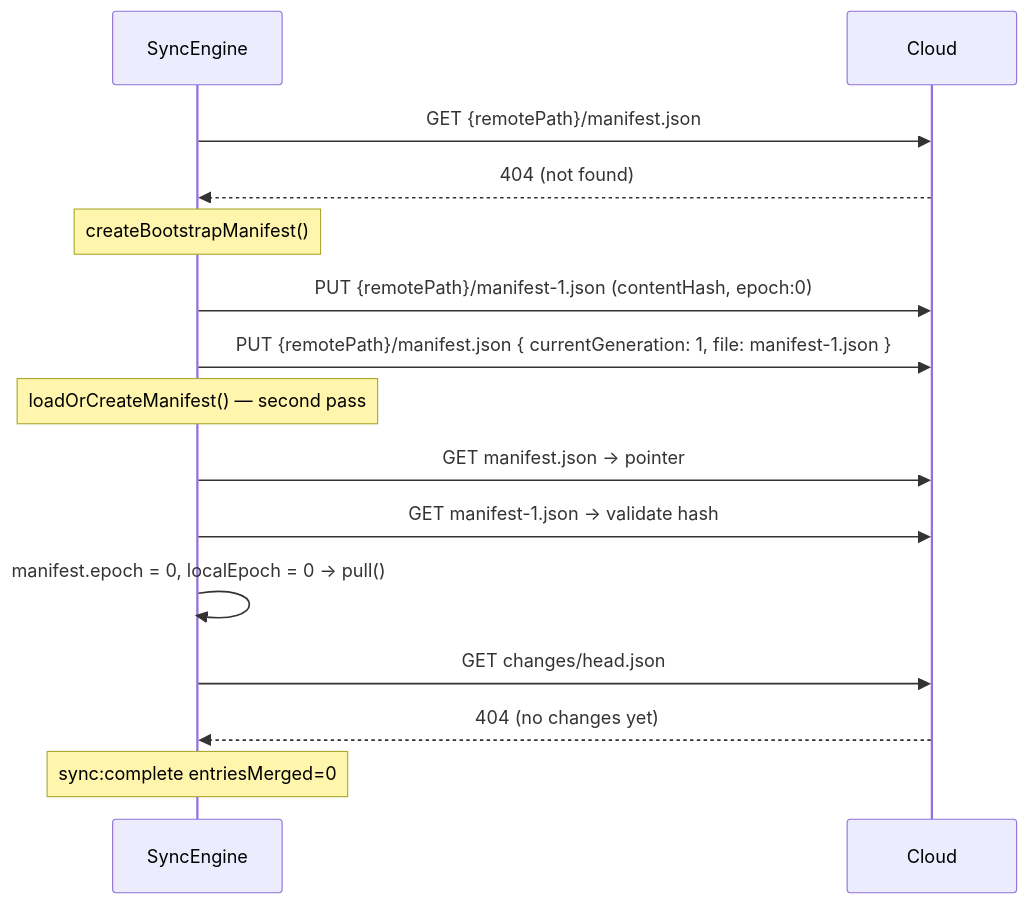
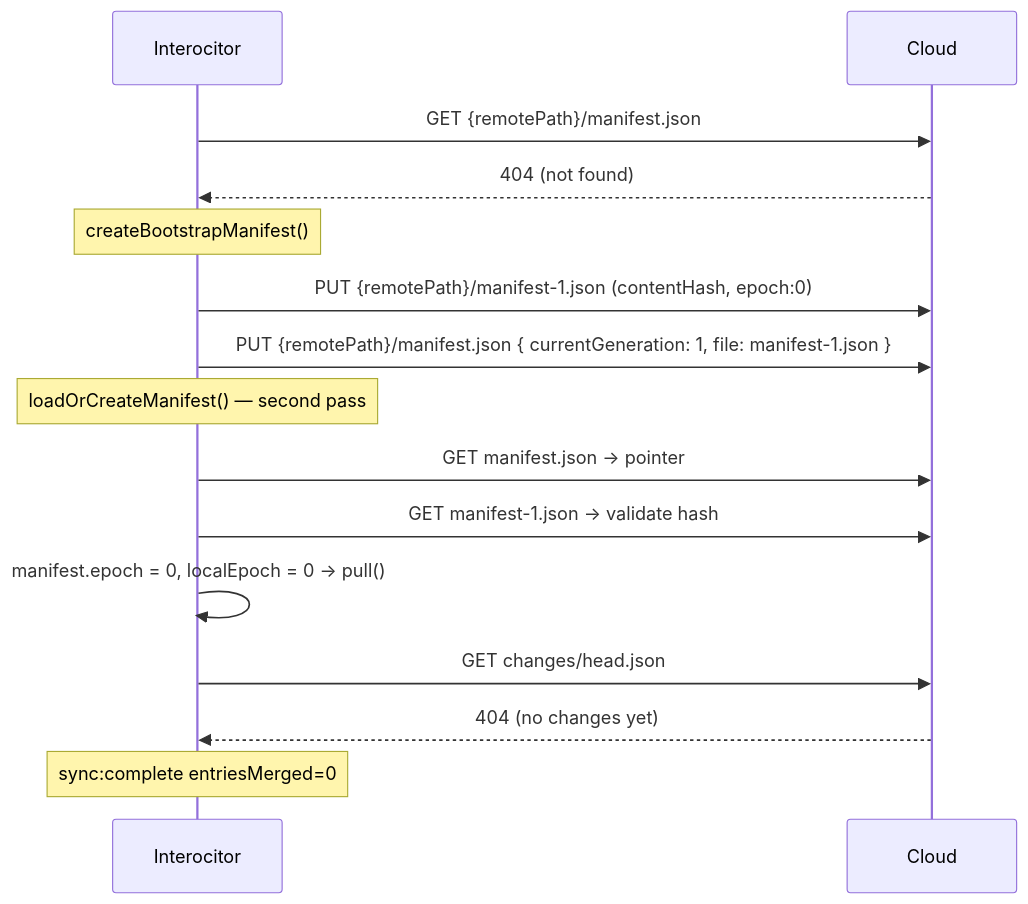
The fifth of 7 diagrams in docs/flows.md (Machine-Garden/interocitor), drawn with Mermaid before and after one commit. The commit also changed other lines of this file and 107 other files, not shown here.

````diff
--- a/docs/flows.md
+++ b/docs/flows.md
@@ -184,20 +208,20 @@
 ```mermaid
 sequenceDiagram
-    participant E as SyncEngine
+    participant E as Interocitor
     participant C as Cloud
 
     E->>C: GET {remotePath}/manifest.json
     C-->>E: 404 (not found)
 
     Note over E: createBootstrapManifest()
     E->>C: PUT {remotePath}/manifest-1.json (contentHash, epoch:0)
     E->>C: PUT {remotePath}/manifest.json { currentGeneration: 1, file: manifest-1.json }
 
     Note over E: loadOrCreateManifest() — second pass
     E->>C: GET manifest.json → pointer
     E->>C: GET manifest-1.json → validate hash
     E->>E: manifest.epoch = 0, localEpoch = 0 → pull()
     E->>C: GET changes/head.json
     C-->>E: 404 (no changes yet)
     Note over E: sync:complete entriesMerged=0
 ```
````
